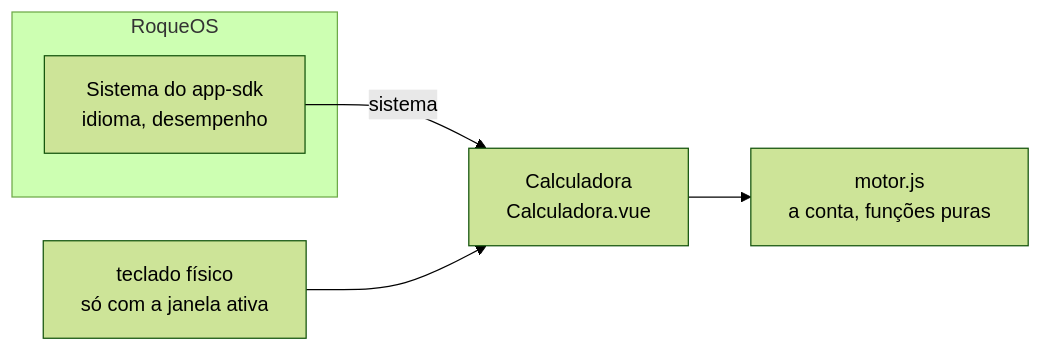
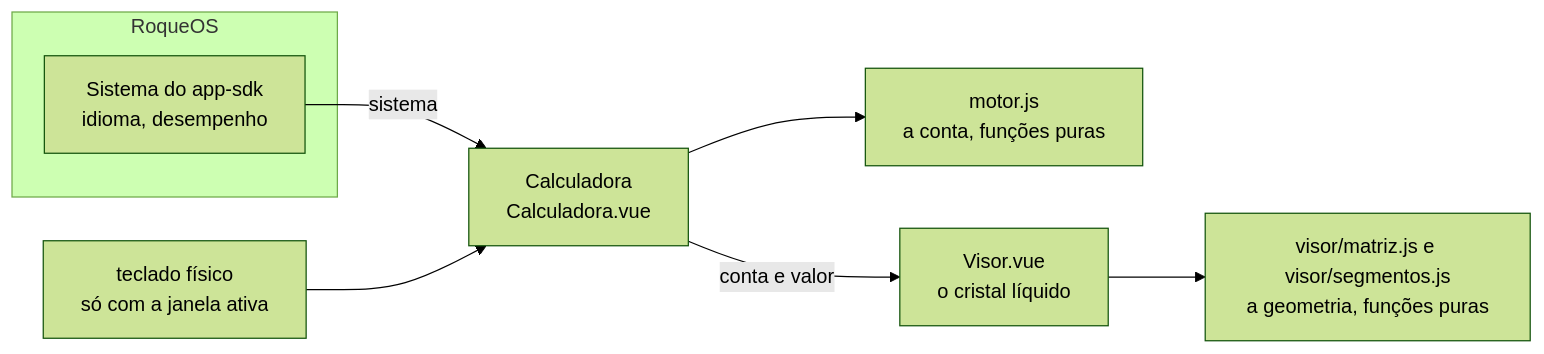
Before and after one commit to roqueos-apps/calculadora: the diagram in README.md, drawn with Mermaid (forest theme). The commit also changed other lines of this file and 5 other files, not shown here.

````diff
--- a/README.md
+++ b/README.md
@@ -26,12 +28,16 @@
 ```mermaid
 flowchart LR
   subgraph RoqueOS
     H[Sistema do app-sdk<br/>idioma, desempenho]
   end
   C[Calculadora<br/>Calculadora.vue]
   M[motor.js<br/>a conta, funções puras]
+  V[Visor.vue<br/>o cristal líquido]
+  G[visor/matriz.js e visor/segmentos.js<br/>a geometria, funções puras]
   T[teclado físico<br/>só com a janela ativa]
   H -- sistema --> C
   C --> M
+  C -- conta e valor --> V
+  V --> G
   T --> C
 ```
````
